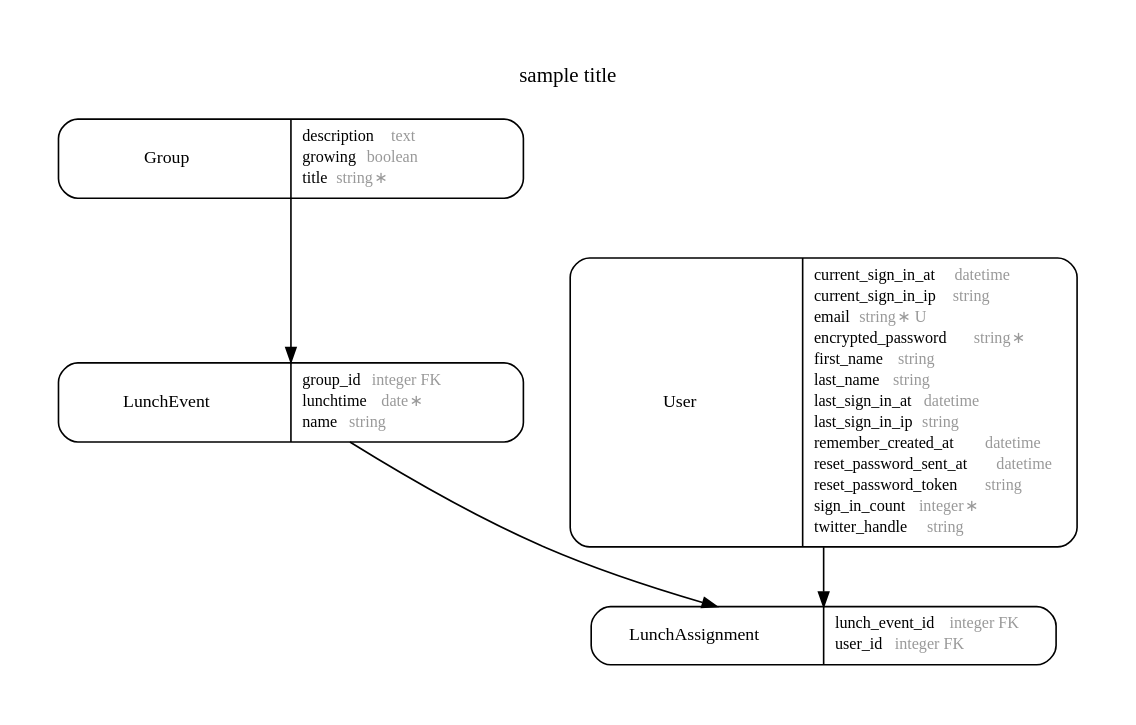
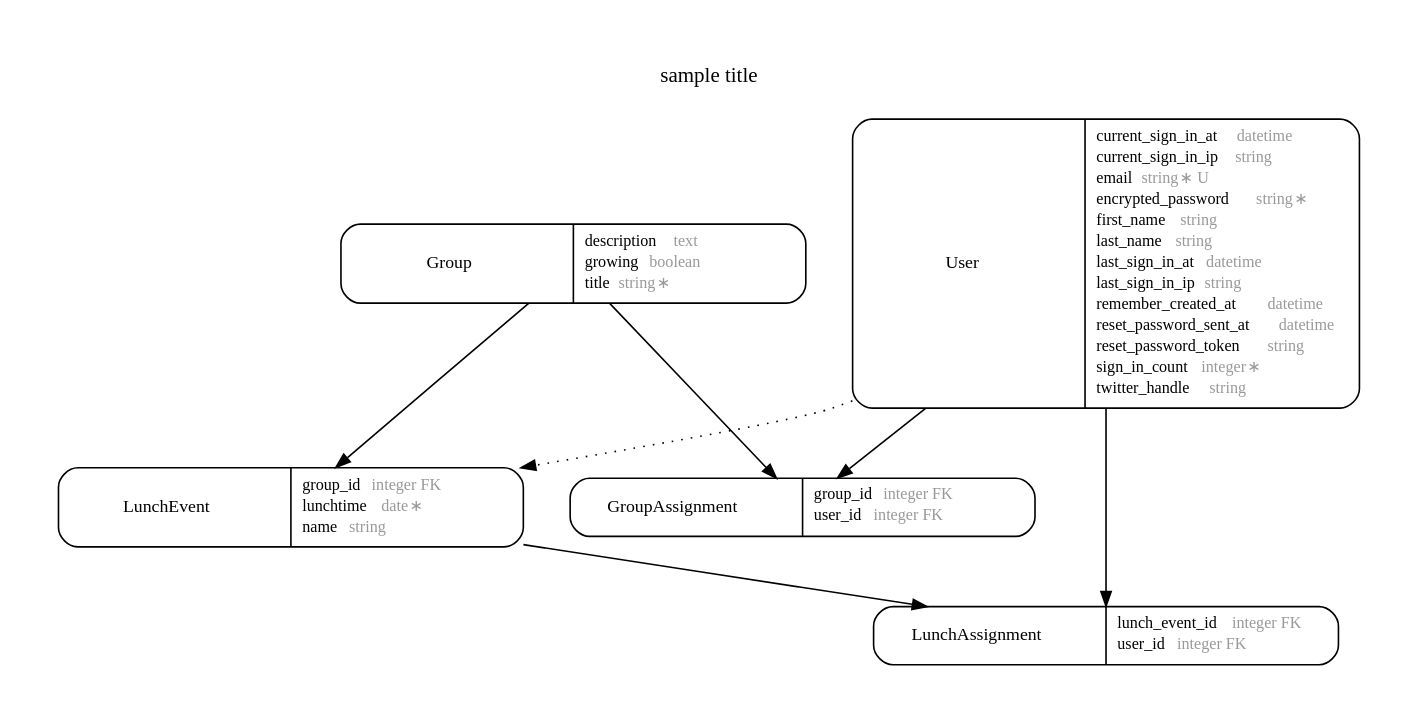
One commit to payne/lunchTDD2 changed the diagram in erd.dot. Above: the diagram before and after it, drawn with Graphviz.

Commit message:
bundle exec erd

```diff
--- a/erd.dot
+++ b/erd.dot
@@ -1,68 +1,80 @@
 digraph LunchTDD2 {
 rankdir = "LR";
 ranksep = "0.5";
 nodesep = "0.4";
 pad = "0.4,0.4";
 margin = "0,0";
 concentrate = "true";
 labelloc = "t";
 fontsize = "13";
 fontname = "Arial BoldMT";
 node[ shape  =  "Mrecord" , fontsize  =  "10" , fontname  =  "ArialMT" , margin  =  "0.07,0.05" , penwidth  =  "1.0"];
 edge[ fontname  =  "ArialMT" , fontsize  =  "7" , dir  =  "both" , arrowsize  =  "0.9" , penwidth  =  "1.0" , labelangle  =  "32" , labeldistance  =  "1.8"];
 rankdir = "TB";
 label = "sample title\n\n";
 m_Group [label = <<table border="0" align="center" cellspacing="0.5" cellpadding="0" width="134">
   <tr><td align="center" valign="bottom" width="130"><font face="Arial BoldMT" point-size="11">Group</font></td></tr>
 </table>
 |
 <table border="0" align="left" cellspacing="2" cellpadding="0" width="134">
   <tr><td align="left" width="130" port="description">description <font face="Arial ItalicMT" color="grey60">text</font></td></tr>
   <tr><td align="left" width="130" port="growing">growing <font face="Arial ItalicMT" color="grey60">boolean</font></td></tr>
   <tr><td align="left" width="130" port="title">title <font face="Arial ItalicMT" color="grey60">string ∗</font></td></tr>
+</table>
+>];
+m_GroupAssignment [label = <<table border="0" align="center" cellspacing="0.5" cellpadding="0" width="134">
+  <tr><td align="center" valign="bottom" width="130"><font face="Arial BoldMT" point-size="11">GroupAssignment</font></td></tr>
+</table>
+|
+<table border="0" align="left" cellspacing="2" cellpadding="0" width="134">
+  <tr><td align="left" width="130" port="group_id">group_id <font face="Arial ItalicMT" color="grey60">integer FK</font></td></tr>
+  <tr><td align="left" width="130" port="user_id">user_id <font face="Arial ItalicMT" color="grey60">integer FK</font></td></tr>
 </table>
 >];
 m_LunchAssignment [label = <<table border="0" align="center" cellspacing="0.5" cellpadding="0" width="134">
   <tr><td align="center" valign="bottom" width="130"><font face="Arial BoldMT" point-size="11">LunchAssignment</font></td></tr>
 </table>
 |
 <table border="0" align="left" cellspacing="2" cellpadding="0" width="134">
   <tr><td align="left" width="130" port="lunch_event_id">lunch_event_id <font face="Arial ItalicMT" color="grey60">integer FK</font></td></tr>
   <tr><td align="left" width="130" port="user_id">user_id <font face="Arial ItalicMT" color="grey60">integer FK</font></td></tr>
 </table>
 >];
 m_LunchEvent [label = <<table border="0" align="center" cellspacing="0.5" cellpadding="0" width="134">
   <tr><td align="center" valign="bottom" width="130"><font face="Arial BoldMT" point-size="11">LunchEvent</font></td></tr>
 </table>
 |
 <table border="0" align="left" cellspacing="2" cellpadding="0" width="134">
   <tr><td align="left" width="130" port="group_id">group_id <font face="Arial ItalicMT" color="grey60">integer FK</font></td></tr>
   <tr><td align="left" width="130" port="lunchtime">lunchtime <font face="Arial ItalicMT" color="grey60">date ∗</font></td></tr>
   <tr><td align="left" width="130" port="name">name <font face="Arial ItalicMT" color="grey60">string</font></td></tr>
 </table>
 >];
 m_User [label = <<table border="0" align="center" cellspacing="0.5" cellpadding="0" width="134">
   <tr><td align="center" valign="bottom" width="130"><font face="Arial BoldMT" point-size="11">User</font></td></tr>
 </table>
 |
 <table border="0" align="left" cellspacing="2" cellpadding="0" width="134">
   <tr><td align="left" width="130" port="current_sign_in_at">current_sign_in_at <font face="Arial ItalicMT" color="grey60">datetime</font></td></tr>
   <tr><td align="left" width="130" port="current_sign_in_ip">current_sign_in_ip <font face="Arial ItalicMT" color="grey60">string</font></td></tr>
   <tr><td align="left" width="130" port="email">email <font face="Arial ItalicMT" color="grey60">string ∗ U</font></td></tr>
   <tr><td align="left" width="130" port="encrypted_password">encrypted_password <font face="Arial ItalicMT" color="grey60">string ∗</font></td></tr>
   <tr><td align="left" width="130" port="first_name">first_name <font face="Arial ItalicMT" color="grey60">string</font></td></tr>
   <tr><td align="left" width="130" port="last_name">last_name <font face="Arial ItalicMT" color="grey60">string</font></td></tr>
   <tr><td align="left" width="130" port="last_sign_in_at">last_sign_in_at <font face="Arial ItalicMT" color="grey60">datetime</font></td></tr>
   <tr><td align="left" width="130" port="last_sign_in_ip">last_sign_in_ip <font face="Arial ItalicMT" color="grey60">string</font></td></tr>
   <tr><td align="left" width="130" port="remember_created_at">remember_created_at <font face="Arial ItalicMT" color="grey60">datetime</font></td></tr>
   <tr><td align="left" width="130" port="reset_password_sent_at">reset_password_sent_at <font face="Arial ItalicMT" color="grey60">datetime</font></td></tr>
   <tr><td align="left" width="130" port="reset_password_token">reset_password_token <font face="Arial ItalicMT" color="grey60">string</font></td></tr>
   <tr><td align="left" width="130" port="sign_in_count">sign_in_count <font face="Arial ItalicMT" color="grey60">integer ∗</font></td></tr>
   <tr><td align="left" width="130" port="twitter_handle">twitter_handle <font face="Arial ItalicMT" color="grey60">string</font></td></tr>
 </table>
 >];
   m_User -> m_LunchAssignment [arrowhead = "normal", arrowtail = "none", weight = "2"];
   m_User -> m_LunchEvent [style = "dotted", arrowhead = "normal", arrowtail = "none", weight = "1", constraint = "false"];
+  m_User -> m_GroupAssignment [arrowhead = "normal", arrowtail = "none", weight = "2"];
+  m_User -> m_Group [style = "dotted", arrowhead = "normal", arrowtail = "none", weight = "2", constraint = "false"];
+  m_Group -> m_GroupAssignment [arrowhead = "normal", arrowtail = "none", weight = "2"];
   m_LunchEvent -> m_LunchAssignment [arrowhead = "normal", arrowtail = "none", weight = "1"];
   m_Group -> m_LunchEvent [arrowhead = "normal", arrowtail = "none", weight = "1"];
 }
```
